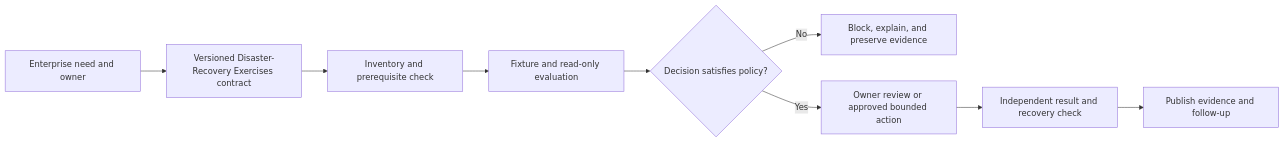
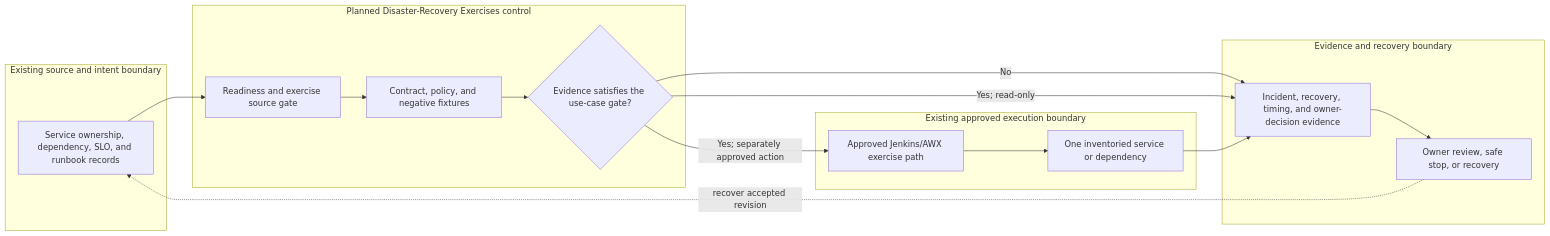
Before and after one commit to MIDHTECH/enterprise-architecture-docs: the diagram in docs/use-cases/resilience/UC-RSO-016-disaster-recovery-exercises.md, drawn with Mermaid. The commit also changed other lines of this file and 227 other files, not shown here.

Commit message:
Deepen architecture for all use case designs

````diff
--- a/docs/use-cases/resilience/UC-RSO-016-disaster-recovery-exercises.md
+++ b/docs/use-cases/resilience/UC-RSO-016-disaster-recovery-exercises.md
@@ -136,11 +129,25 @@
 ```mermaid
 flowchart LR
-    Need["Enterprise need and owner"] --> Contract["Versioned Disaster-Recovery Exercises contract"]
-    Contract --> Preflight["Inventory and prerequisite check"]
-    Preflight --> Evaluate["Fixture and read-only evaluation"]
-    Evaluate --> Decision{"Decision satisfies policy?"}
-    Decision -->|No| Stop["Block, explain, and preserve evidence"]
-    Decision -->|Yes| Review["Owner review or approved bounded action"]
-    Review --> Verify["Independent result and recovery check"]
-    Verify --> Publish["Publish evidence and follow-up"]
+    subgraph Source["Existing source and intent boundary"]
+        A["Service ownership, dependency, SLO, and runbook records"]
+    end
+    subgraph Planned["Planned Disaster-Recovery Exercises control"]
+        B["Readiness and exercise source gate"]
+        C["Contract, policy, and negative fixtures"]
+        D{"Evidence satisfies the use-case gate?"}
+    end
+    subgraph Runtime["Existing approved execution boundary"]
+        E["Approved Jenkins/AWX exercise path"]
+        F["One inventoried service or dependency"]
+    end
+    subgraph Assurance["Evidence and recovery boundary"]
+        G["Incident, recovery, timing, and owner-decision evidence"]
+        H["Owner review, safe stop, or recovery"]
+    end
+
+    A --> B --> C --> D
+    D -->|No| G --> H
+    D -->|Yes; read-only| G
+    D -->|Yes; separately approved action| E --> F --> G
+    H -. recover accepted revision .-> A
 ```
````
